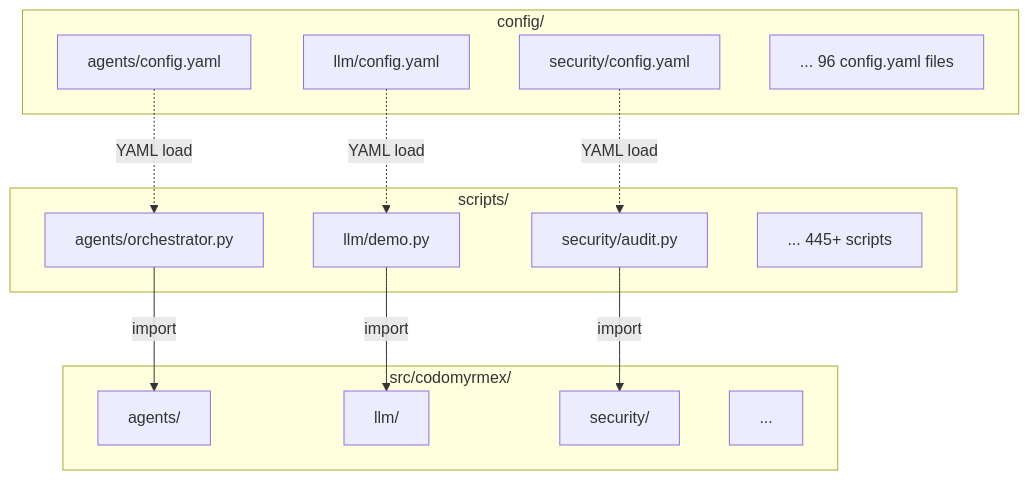
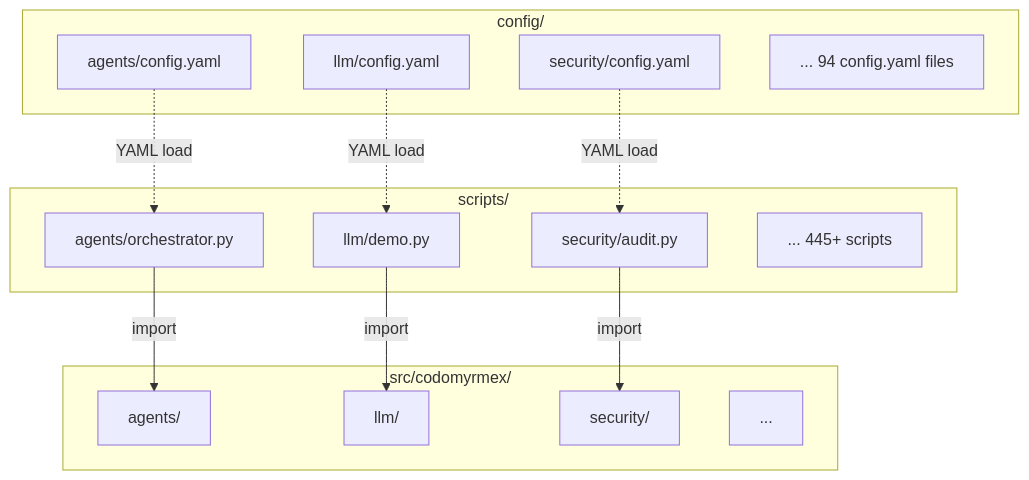
The sixth of 7 diagrams in README.md (docxology/codomyrmex), drawn with Mermaid before and after one commit. The commit also changed other lines of this file and 27 other files, not shown here.

````diff
--- a/README.md
+++ b/README.md
@@ -669,30 +668,30 @@
 ```mermaid
 graph TB
     subgraph ConfigRoot["config/"]
         C1["agents/config.yaml"]
         C2["llm/config.yaml"]
         C3["security/config.yaml"]
-        Cdots["... 96 config.yaml files"]
+        Cdots["... 94 config.yaml files"]
     end
 
     subgraph Scripts["scripts/"]
         S1["agents/orchestrator.py"]
         S2["llm/demo.py"]
         S3["security/audit.py"]
         Sdots["... 445+ scripts"]
     end
 
     subgraph Source["src/codomyrmex/"]
         Src1["agents/"]
         Src2["llm/"]
         Src3["security/"]
         SrcDots["..."]
     end
 
     C1 -.->|"YAML load"| S1
     C2 -.->|"YAML load"| S2
     C3 -.->|"YAML load"| S3
     S1 -->|"import"| Src1
     S2 -->|"import"| Src2
     S3 -->|"import"| Src3
 ```
````
